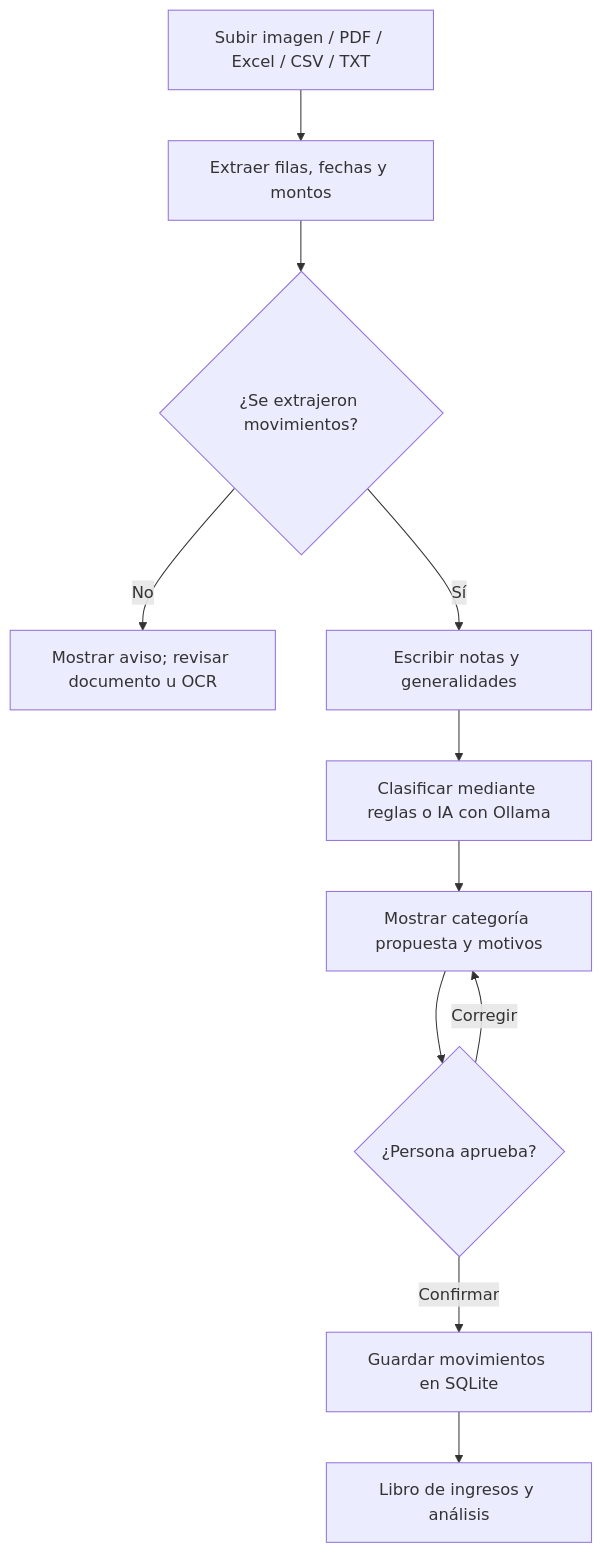
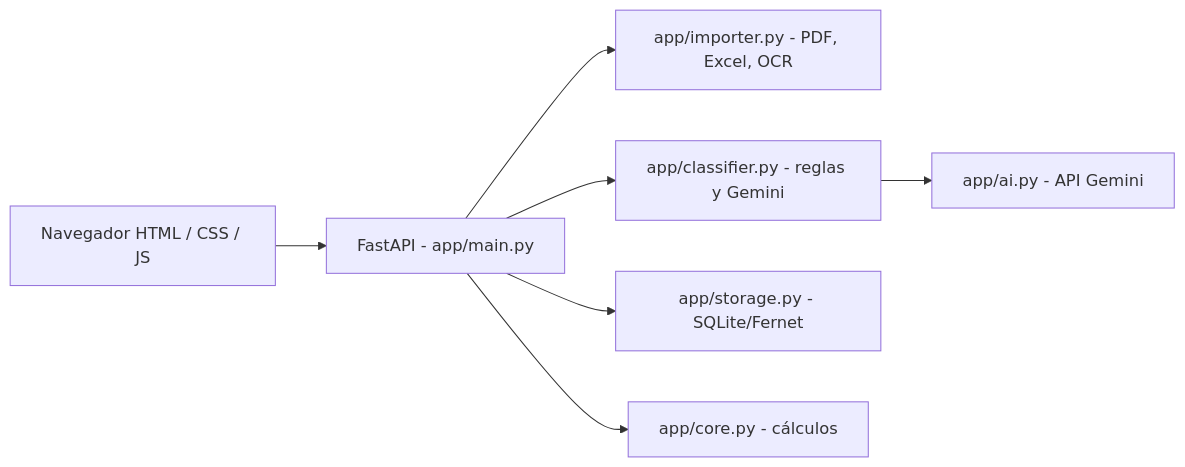
One commit to EmilyCurin/Integral-ingresos-variables changed the second of 2 diagrams in README.md. Above: the diagram before and after it, drawn with Mermaid. The commit also changed other lines of this file and 13 other files, not shown here.

Commit message:
Integrar IA con notas, mejorar interfaz y actualizar documentacion

````diff
--- a/README.md
+++ b/README.md
@@ -37,13 +43,9 @@
 ```mermaid
-flowchart TD
-    A[Subir imagen / PDF / Excel / CSV / TXT] --> B[Extraer filas, fechas y montos]
-    B --> C{¿Se extrajeron movimientos?}
-    C -- No --> D[Mostrar aviso; revisar documento u OCR]
-    C -- Sí --> E[Escribir notas y generalidades]
-    E --> G[Clasificar mediante reglas o IA con Ollama]
-    G --> H[Mostrar categoría propuesta y motivos]
-    H --> J{¿Persona aprueba?}
-    J -- Corregir --> H
-    J -- Confirmar --> K[Guardar movimientos en SQLite]
-    K --> L[Libro de ingresos y análisis]
+flowchart LR
+  B[Navegador HTML / CSS / JS] --> F[FastAPI - app/main.py]
+  F --> I[app/importer.py - PDF, Excel, OCR]
+  F --> C[app/classifier.py - reglas y Gemini]
+  C --> A[app/ai.py - API Gemini]
+  F --> L[app/storage.py - SQLite/Fernet]
+  F --> M[app/core.py - cálculos]
 ```
````
